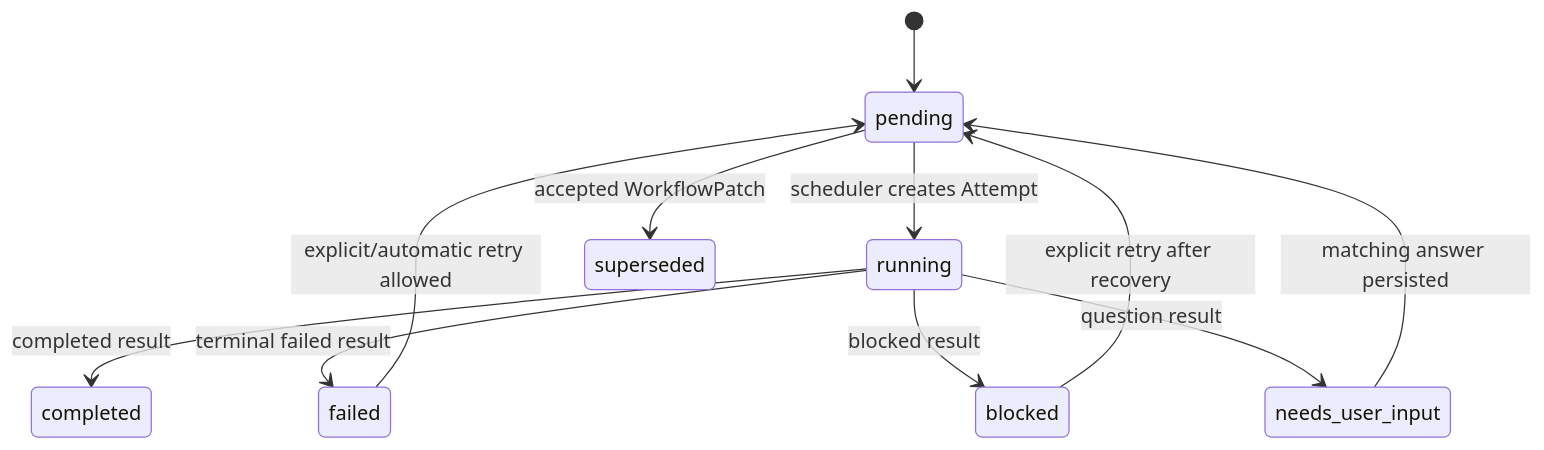
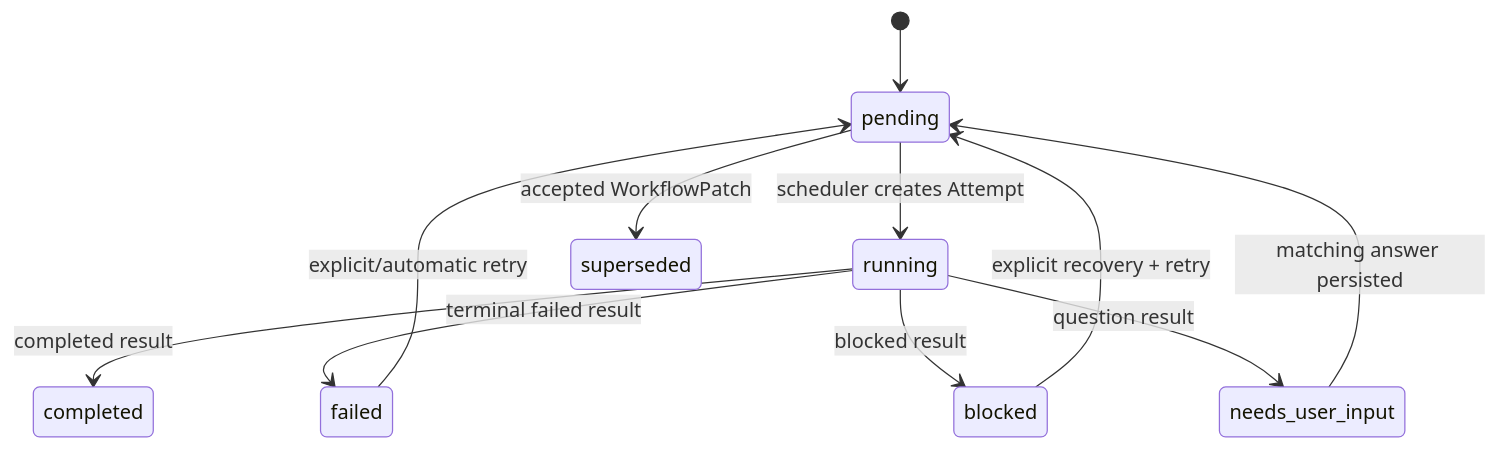
One commit to ylc123456789/ResAgent2 changed the third of 4 diagrams in docs/ARCHITECTURE.md. Above: the diagram before and after it, drawn with Mermaid. The commit also changed other lines of this file and 8 other files, not shown here.

Commit message:
docs: define phase 7 scientific control architecture

````diff
--- a/docs/ARCHITECTURE.md
+++ b/docs/ARCHITECTURE.md
@@ -326,13 +327,13 @@
 ```mermaid
 stateDiagram-v2
     [*] --> pending
     pending --> running: scheduler creates Attempt
     pending --> superseded: accepted WorkflowPatch
     running --> completed: completed result
     running --> failed: terminal failed result
     running --> blocked: blocked result
     running --> needs_user_input: question result
-    failed --> pending: explicit/automatic retry allowed
-    blocked --> pending: explicit retry after recovery
+    failed --> pending: explicit/automatic retry
+    blocked --> pending: explicit recovery + retry
     needs_user_input --> pending: matching answer persisted
 ```
````
